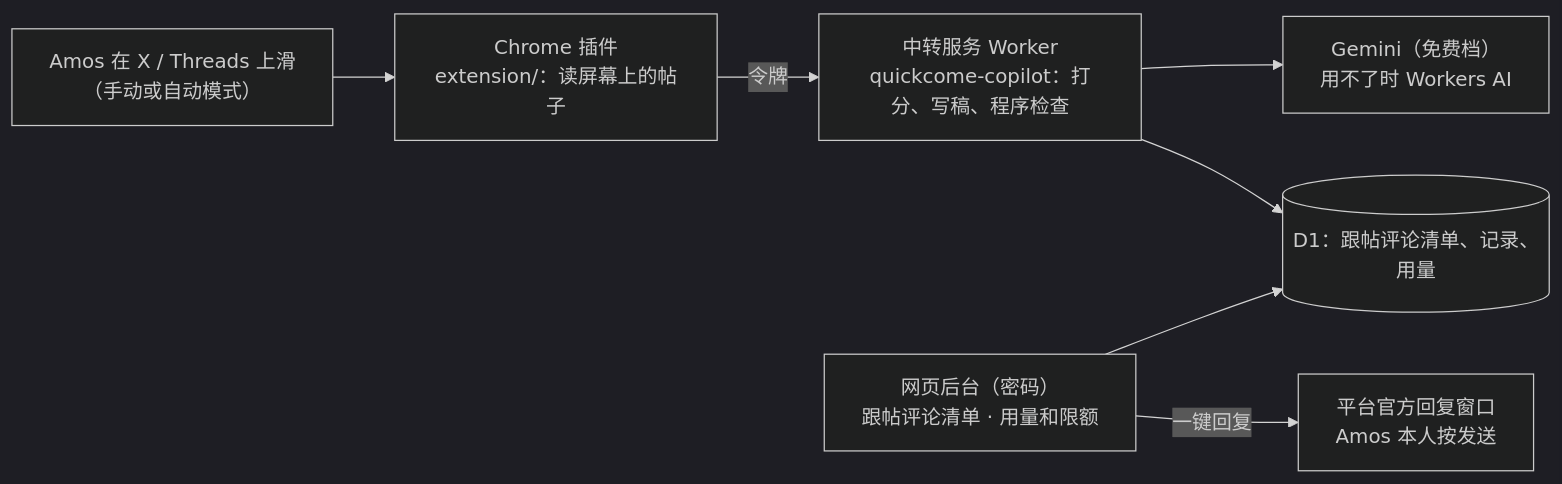
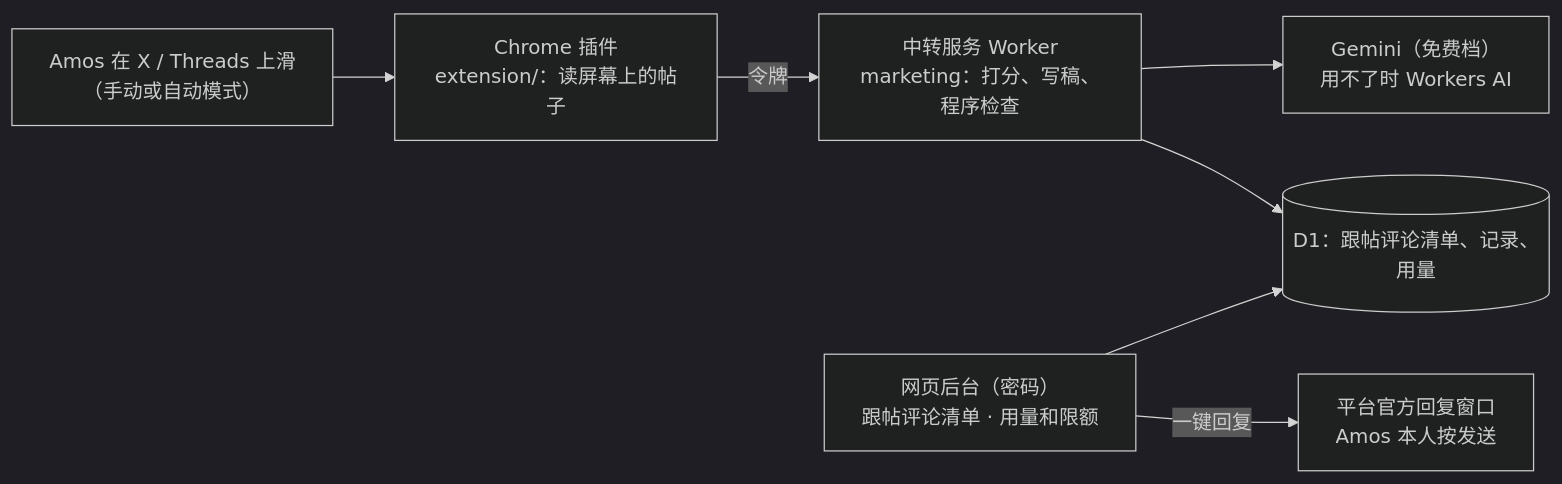
Before and after one commit to dollar3651314/Marketing: the diagram in 项目地图.md, drawn with Mermaid (dark theme). The commit also changed other lines of this file and 8 other files, not shown here.

First line of the commit message:
Worker 和 D1 改名 marketing / marketing-staging；测试版不再继承正式版的子域名

````diff
--- a/项目地图.md
+++ b/项目地图.md
@@ -10,9 +10,9 @@
 ```mermaid
 flowchart LR
     A["Amos 在 X / Threads 上滑<br/>（手动或自动模式）"] --> P["Chrome 插件<br/>extension/：读屏幕上的帖子"]
-    P -->|"令牌"| R["中转服务 Worker<br/>quickcome-copilot：打分、写稿、程序检查"]
+    P -->|"令牌"| R["中转服务 Worker<br/>marketing：打分、写稿、程序检查"]
     R --> G["Gemini（免费档）<br/>用不了时 Workers AI"]
     R --> D[("D1：跟帖评论清单、记录、用量")]
     B["网页后台（密码）<br/>跟帖评论清单 · 用量和限额"] --> D
     B -->|"一键回复"| O["平台官方回复窗口<br/>Amos 本人按发送"]
 ```
````
